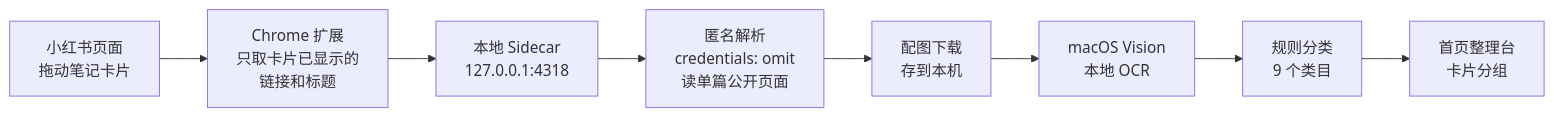
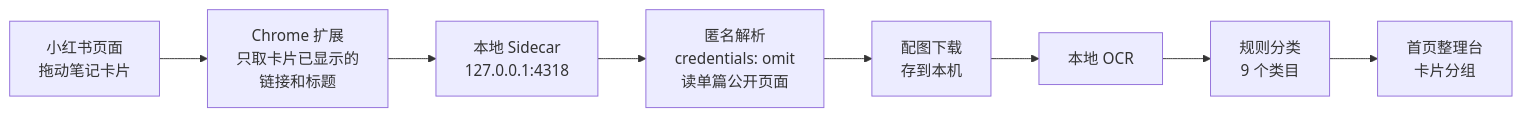
The second of 2 diagrams in README.md (Jisiyong-A/hedingben), drawn with Mermaid before and after one commit. The commit also changed other lines of this file and 17 other files, not shown here.

````diff
--- a/README.md
+++ b/README.md
@@ -58,10 +147,10 @@
 ```mermaid
 flowchart LR
     A[小红书页面<br/>拖动笔记卡片] --> B[Chrome 扩展<br/>只取卡片已显示的<br/>链接和标题]
     B --> C[本地 Sidecar<br/>127.0.0.1:4318]
     C --> D[匿名解析<br/>credentials: omit<br/>读单篇公开页面]
     D --> E[配图下载<br/>存到本机]
-    E --> F[macOS Vision<br/>本地 OCR]
+    E --> F[本地 OCR]
     F --> G[规则分类<br/>9 个类目]
     G --> H[首页整理台<br/>卡片分组]
 ```
````
